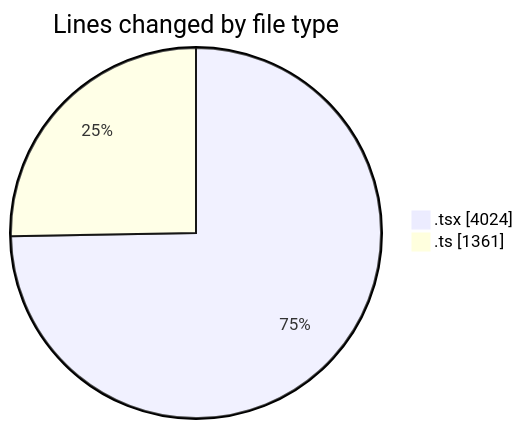
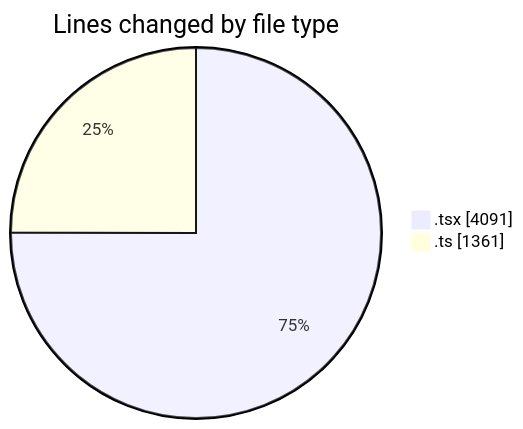
The first of 2 diagrams in 2026-03-06/nxtqube_webapp/README.md (nxtqubesakshisongat/code-tracking), drawn with Mermaid before and after one commit. The commit also changed other lines of this file and 1 other file, not shown here.

````diff
--- a/2026-03-06/nxtqube_webapp/README.md
+++ b/2026-03-06/nxtqube_webapp/README.md
@@ -32,6 +32,6 @@
 ```mermaid
 pie showData
 title Lines changed by file type
-".tsx" : 4024
+".tsx" : 4091
 ".ts" : 1361
 ```
````
